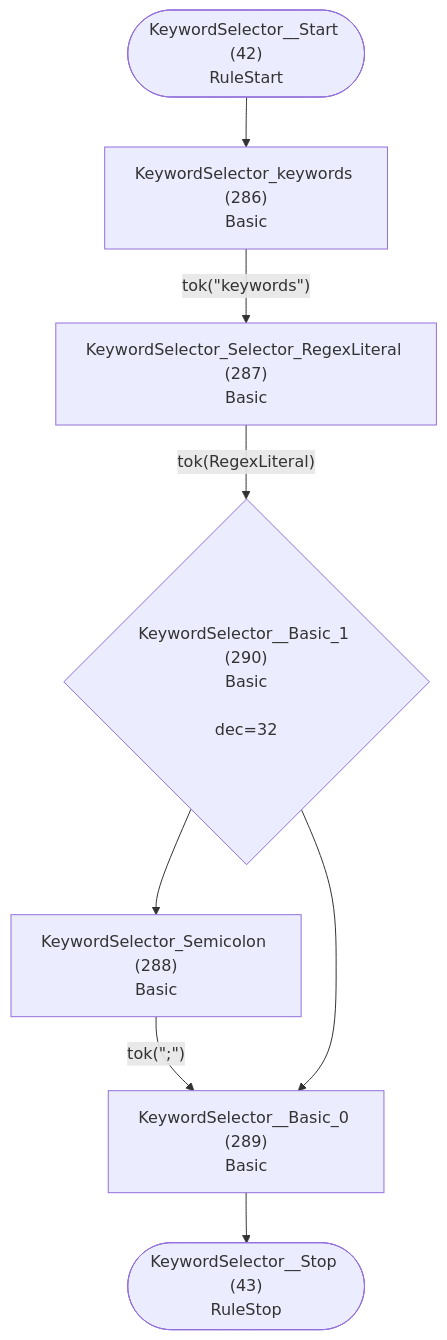
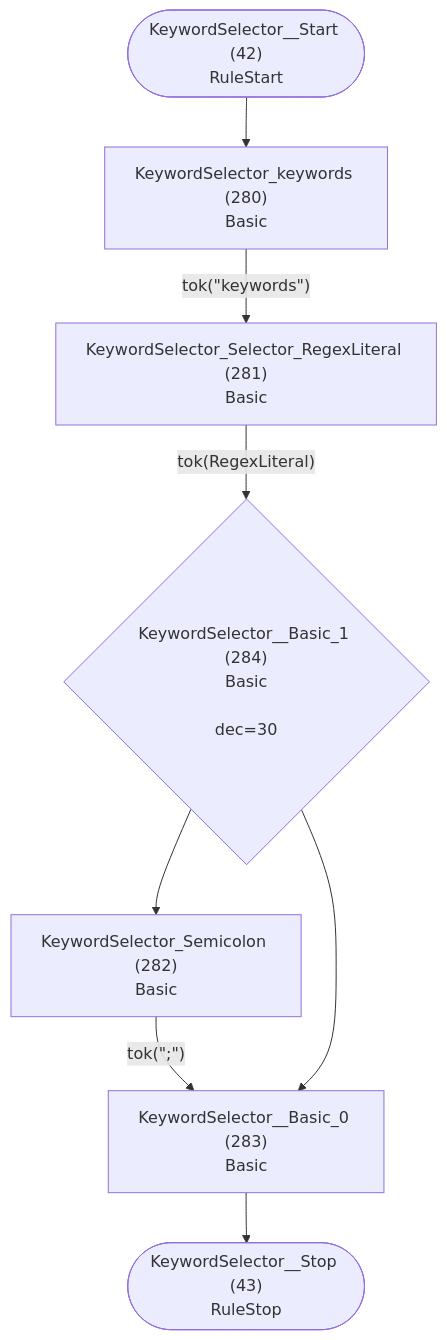
One commit to TypeFox/fastbelt changed diagram 22 of 40 in internal/grammar/atn.md. Above: the diagram before and after it, drawn with Mermaid. The commit also changed other lines of this file and 12 other files, not shown here.

````diff
--- a/internal/grammar/atn.md
+++ b/internal/grammar/atn.md
@@ -672,18 +658,18 @@
 ```mermaid
 flowchart TD
     q42(["KeywordSelector__Start (42)<br/>RuleStart"])
     q43(["KeywordSelector__Stop (43)<br/>RuleStop"])
-    q286["KeywordSelector_keywords (286)<br/>Basic<br/>"]
-    q287["KeywordSelector_Selector_RegexLiteral (287)<br/>Basic<br/>"]
-    q288["KeywordSelector_Semicolon (288)<br/>Basic<br/>"]
-    q289["KeywordSelector__Basic_0 (289)<br/>Basic<br/>"]
-    q290{"KeywordSelector__Basic_1 (290)<br/>Basic<br/><br/>dec=32"}
+    q280["KeywordSelector_keywords (280)<br/>Basic<br/>"]
+    q281["KeywordSelector_Selector_RegexLiteral (281)<br/>Basic<br/>"]
+    q282["KeywordSelector_Semicolon (282)<br/>Basic<br/>"]
+    q283["KeywordSelector__Basic_0 (283)<br/>Basic<br/>"]
+    q284{"KeywordSelector__Basic_1 (284)<br/>Basic<br/><br/>dec=30"}
 
-    q42 --> q286
-    q286 -->|"tok(&quot;keywords&quot;)"| q287
-    q287 -->|"tok(RegexLiteral)"| q290
-    q288 -->|"tok(&quot;;&quot;)"| q289
-    q289 --> q43
-    q290 --> q288
-    q290 --> q289
+    q42 --> q280
+    q280 -->|"tok(&quot;keywords&quot;)"| q281
+    q281 -->|"tok(RegexLiteral)"| q284
+    q282 -->|"tok(&quot;;&quot;)"| q283
+    q283 --> q43
+    q284 --> q282
+    q284 --> q283
 ```
````
